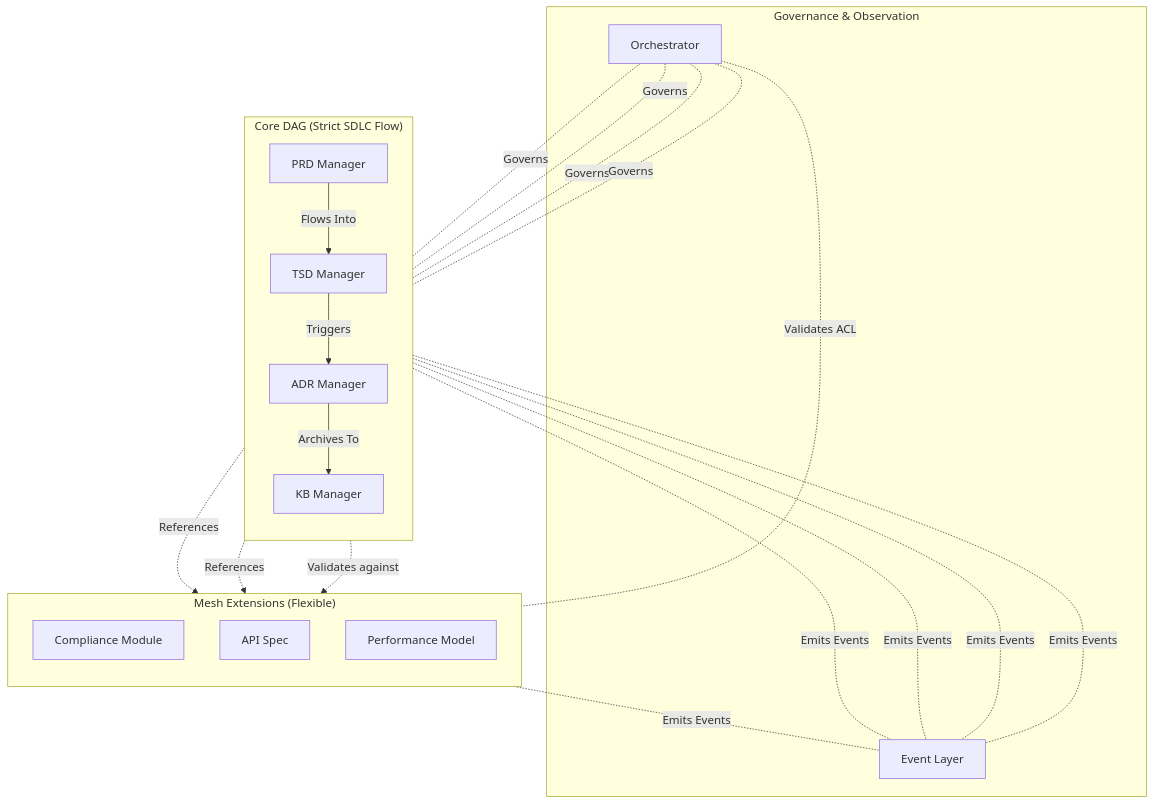
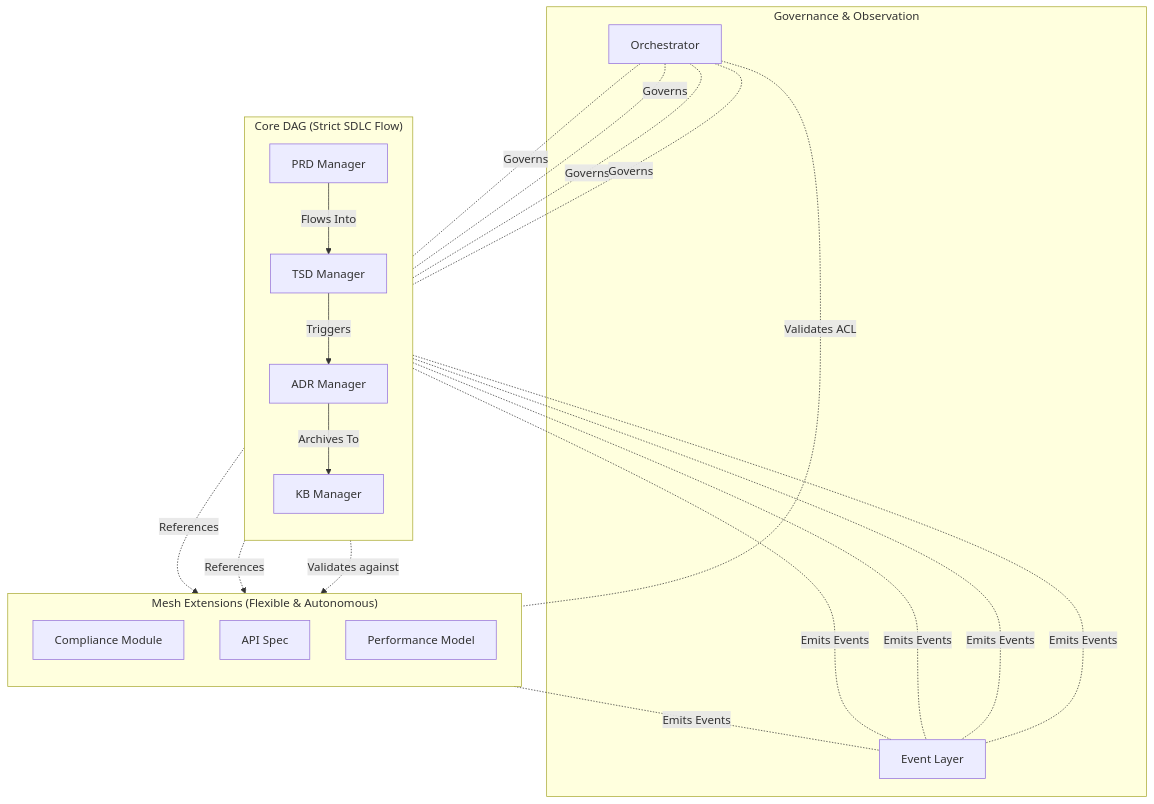
Before and after one commit to yumin-chen/sdlc-ide: the diagram in README.md, drawn with Mermaid. The commit also changed other lines of this file and 2 other files, not shown here.

First line of the commit message:
docs: Establish foundational architecture

````diff
--- a/README.md
+++ b/README.md
@@ -28,40 +28,40 @@
 ```mermaid
 graph TD
     subgraph CoreDAG ["Core DAG (Strict SDLC Flow)"]
         direction TB
         PRD[PRD Manager] -->|Flows Into| TSD[TSD Manager]
         TSD -->|Triggers| ADR[ADR Manager]
         ADR -->|Archives To| KB[KB Manager]
     end
 
-    subgraph Mesh ["Mesh Extensions (Flexible)"]
+    subgraph Mesh ["Mesh Extensions (Flexible & Autonomous)"]
         direction TB
         Comp[Compliance Module]
         API[API Spec]
         Perf[Performance Model]
     end
 
     subgraph Gov ["Governance & Observation"]
         Orch[Orchestrator]
         Events[Event Layer]
     end
 
     %% Mesh relationships
     TSD -.->|References| API
     TSD -.->|References| Perf
     PRD -.->|Validates against| Comp
 
     %% Orchestrator Control
     Orch -.-|Governs| PRD
     Orch -.-|Governs| TSD
     Orch -.-|Governs| ADR
     Orch -.-|Governs| KB
     Orch -.-|Validates ACL| Comp
 
     %% Event Layer
     PRD -.-|Emits Events| Events
     TSD -.-|Emits Events| Events
     ADR -.-|Emits Events| Events
     KB -.-|Emits Events| Events
     Comp -.-|Emits Events| Events
 ```
````
